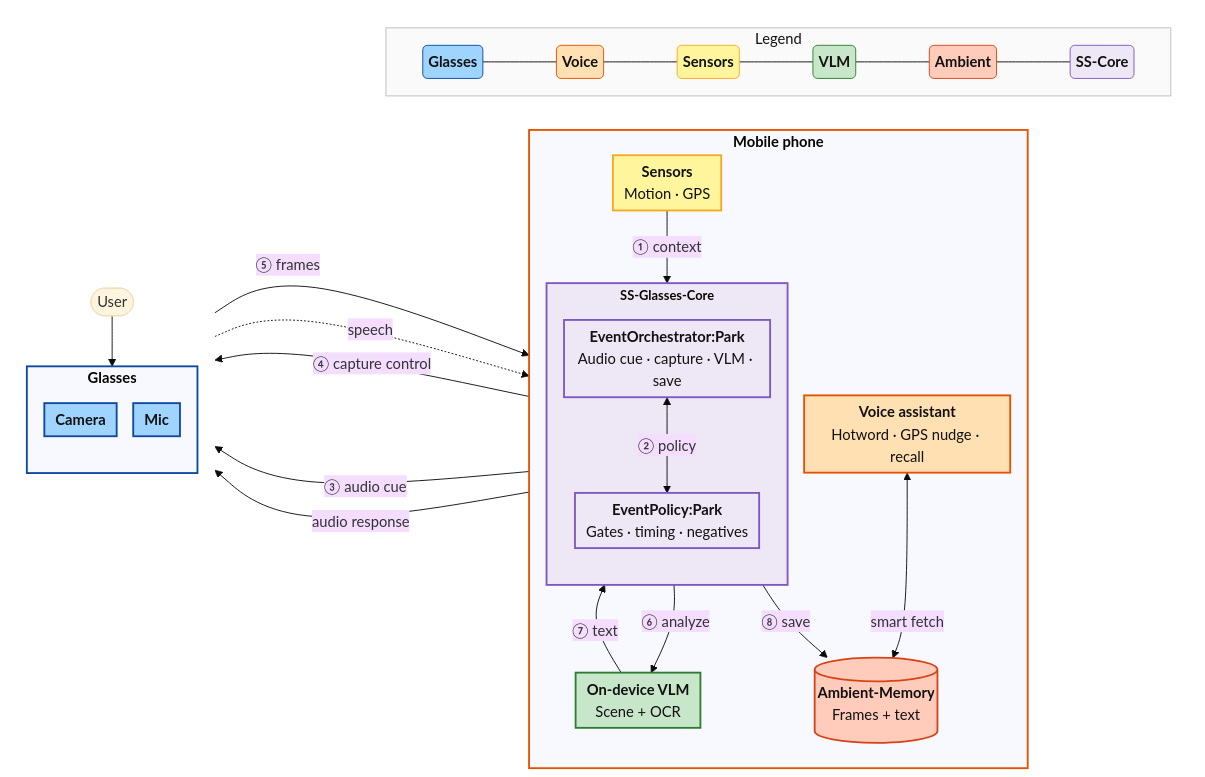
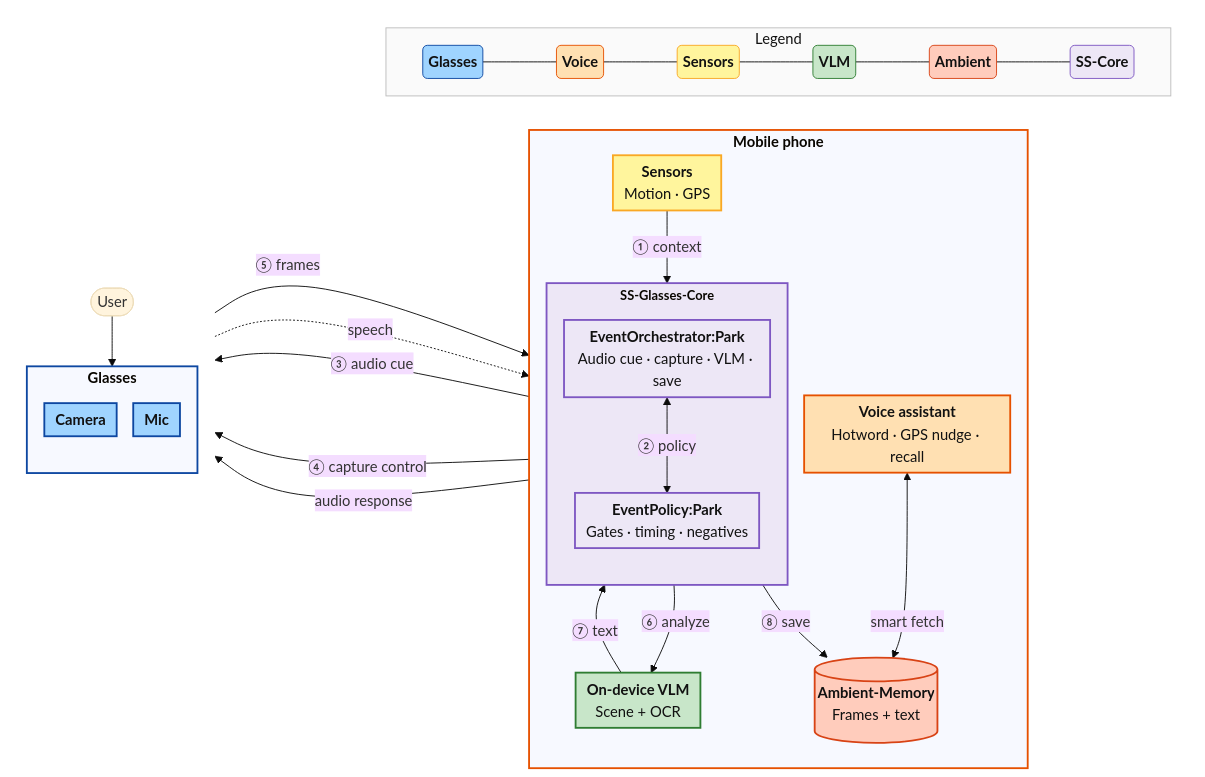
One commit to penkesiva/wer-26 changed the diagram in tmp/idea2_mark_car_parking_spot_architecture.mermaid. Above: the diagram before and after it, drawn with Mermaid (base theme). The commit also changed 1 other file, not shown here.

Commit message:
docs(idea2): target Mic inside Glasses to preserve LR layout

```diff
--- a/tmp/idea2_mark_car_parking_spot_architecture.mermaid
+++ b/tmp/idea2_mark_car_parking_spot_architecture.mermaid
@@ -1,99 +1,99 @@
 ---
 config:
   flowchart:
     htmlLabels: true
     padding: 6
     nodeSpacing: 18
     rankSpacing: 30
 ---
 flowchart LR
  subgraph SSGC["<b><span style=font-size:14px>SS-Glasses-Core</span></b>"]
     direction TB
         PolicyCP["<b>EventPolicy:Park</b><br>Gates · timing · negatives"]
         OrchCP["<b>EventOrchestrator:Park</b><br>Audio cue · capture · VLM · save"]
   end
  subgraph Mobile["<b><span style=font-size:16px>Mobile phone</span></b>"]
     direction TB
         VA["<b>Voice assistant</b><br>Hotword · GPS nudge · recall"]
         Sens["<b>Sensors</b><br>Motion · GPS"]
         SSGC
         VLM["<b>On-device VLM</b><br>Scene + OCR"]
         AMEM[("<b>Ambient-Memory</b><br>Frames + text")]
   end
  subgraph Glasses["<b><span style=font-size:16px>Glasses</span></b>"]
     direction TB
         Cam["<b>Camera</b>"]
         Mic["<b>Mic</b>"]
   end
  subgraph GCol[" "]
     direction TB
         User(["User"])
         Glasses
   end
  subgraph LegendRow["Legend"]
     direction LR
         LgG("<b>Glasses</b>")
         LgM("<b>Voice</b>")
         LgSen("<b>Sensors</b>")
         LgL("<b>VLM</b>")
         LgA("<b>Ambient</b>")
         LgS("<b>SS-Core</b>")
   end
  subgraph BottomDeck[" "]
     direction RL
         LegendRow
   end
     LgG --- LgM
     LgM --- LgSen
     LgSen --- LgL
     LgL --- LgA
     LgA --- LgS
     Mobile ~~~ GCol
     GCol ~~~ BottomDeck
     Sens -- ① context --> OrchCP
     OrchCP <-- ② policy --> PolicyCP
-    OrchCP -- ③ audio cue --> Glasses
+    OrchCP -- ③ audio cue --> Mic
     OrchCP -- ④ capture control --> Cam
     Cam -- ⑤ frames --> OrchCP
     OrchCP -- ⑥ analyze --> VLM
     VLM -- ⑦ text --> OrchCP
     OrchCP -- ⑧ save --> AMEM
     User --> Mic
     Mic -. speech .-> VA
-    VA -- audio response --> Glasses
+    VA -- audio response --> Mic
     VA <-- smart fetch --> AMEM
 
      PolicyCP:::ssCoreLight
      OrchCP:::ssCoreLight
      VA:::mobile
      Sens:::sensors
      VLM:::onDeviceVlm
      AMEM:::ambientMem
      Cam:::glasses
      Mic:::glasses
      LgG:::legendGlasses
      LgM:::legendMobile
      LgSen:::legendSensors
      LgL:::legendVlm
      LgA:::legendAmbient
      LgS:::legendSS
      GCol:::colHidden
     classDef glasses fill:#9fd4ff,stroke:#0d47a1,color:#111,stroke-width:2px
     classDef mobile fill:#ffe0b2,stroke:#e65100,color:#111,stroke-width:2px
     classDef sensors fill:#fff59d,stroke:#f9a825,color:#111,stroke-width:2px
     classDef onDeviceVlm fill:#c8e6c9,stroke:#2e7d32,color:#111,stroke-width:2px
     classDef ambientMem fill:#ffccbc,stroke:#d84315,color:#111,stroke-width:2px
     classDef ssCoreLight fill:#ede7f6,stroke:#7e57c2,color:#111,stroke-width:2px
     classDef legendGlasses fill:#9fd4ff,stroke:#0d47a1,color:#111
     classDef legendMobile fill:#ffe0b2,stroke:#e65100,color:#111
     classDef legendSensors fill:#fff59d,stroke:#f9a825,color:#111
     classDef legendVlm fill:#c8e6c9,stroke:#2e7d32,color:#111
     classDef legendAmbient fill:#ffccbc,stroke:#d84315,color:#111
     classDef legendSS fill:#ede7f6,stroke:#7e57c2,color:#111
     classDef colHidden fill:none,stroke:none,color:#111
     style SSGC fill:#ede7f6,stroke:#7e57c2,stroke-width:2px
     style Glasses stroke:#0d47a1,stroke-width:2px
     style LegendRow fill:#fafafa,stroke:#bdbdbd,color:#111,stroke-width:1px
     style Mobile stroke:#e65100,stroke-width:2px
     style GCol fill:none,stroke:none
     style BottomDeck fill:none,stroke:none
```
